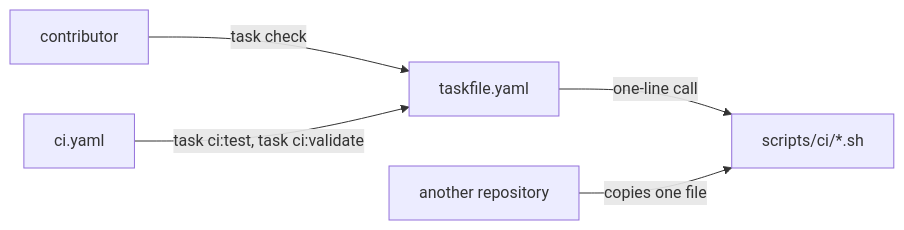
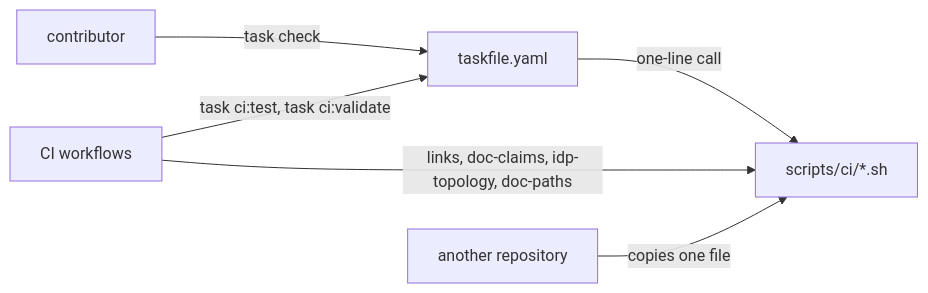
The diagram in website/content/docs/decisions/0039-go-task-as-the-entry-point.md (Smana/cloud-native-ref), drawn with Mermaid before and after one commit. The commit also changed other lines of this file and 3 other files, not shown here.

````diff
--- a/website/content/docs/decisions/0039-go-task-as-the-entry-point.md
+++ b/website/content/docs/decisions/0039-go-task-as-the-entry-point.md
@@ -38,7 +38,8 @@
 ```mermaid
 flowchart LR
   dev["contributor"] -->|task check| T["taskfile.yaml"]
-  ci["ci.yaml"] -->|task ci:test, task ci:validate| T
+  wf["CI workflows"] -->|task ci:test, task ci:validate| T
   T -->|one-line call| S["scripts/ci/*.sh"]
+  wf -->|links, doc-claims, idp-topology, doc-paths| S
   adopter["another repository"] -->|copies one file| S
 ```
````
